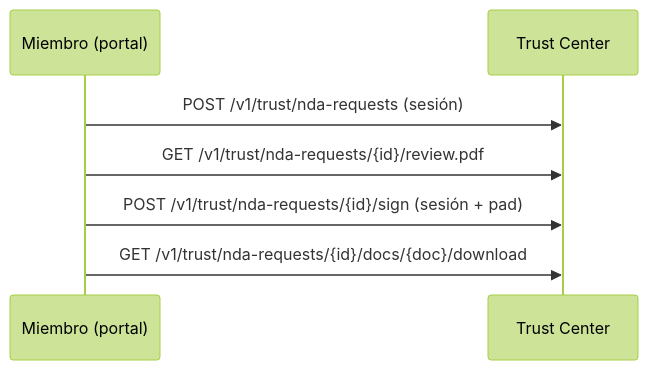
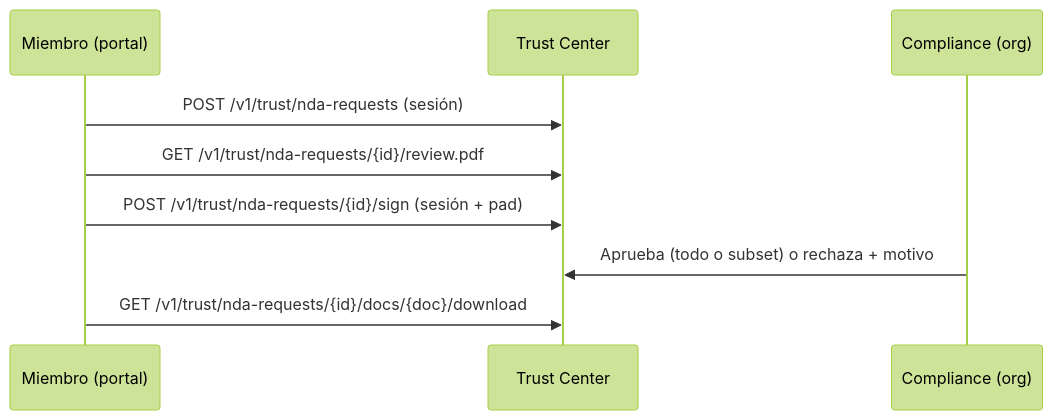
The diagram in es/guides/trust-center-nda.mdx (CBpayapp/cbpay-docs), drawn with Mermaid (forest theme) before and after one commit. The commit also changed other lines of this file and 14 other files, not shown here.

Commit message:
docs: publish Trust Center review flow (v2.190) (#175)

````diff
--- a/es/guides/trust-center-nda.mdx
+++ b/es/guides/trust-center-nda.mdx
@@ -19,9 +19,11 @@
 ```mermaid
 sequenceDiagram
   participant M as Miembro (portal)
   participant T as Trust Center
+  participant C as Compliance (org)
   M->>T: POST /v1/trust/nda-requests (sesión)
   M->>T: GET /v1/trust/nda-requests/{id}/review.pdf
   M->>T: POST /v1/trust/nda-requests/{id}/sign (sesión + pad)
+  C->>T: Aprueba (todo o subset) o rechaza + motivo
   M->>T: GET /v1/trust/nda-requests/{id}/docs/{doc}/download
 ```
````
